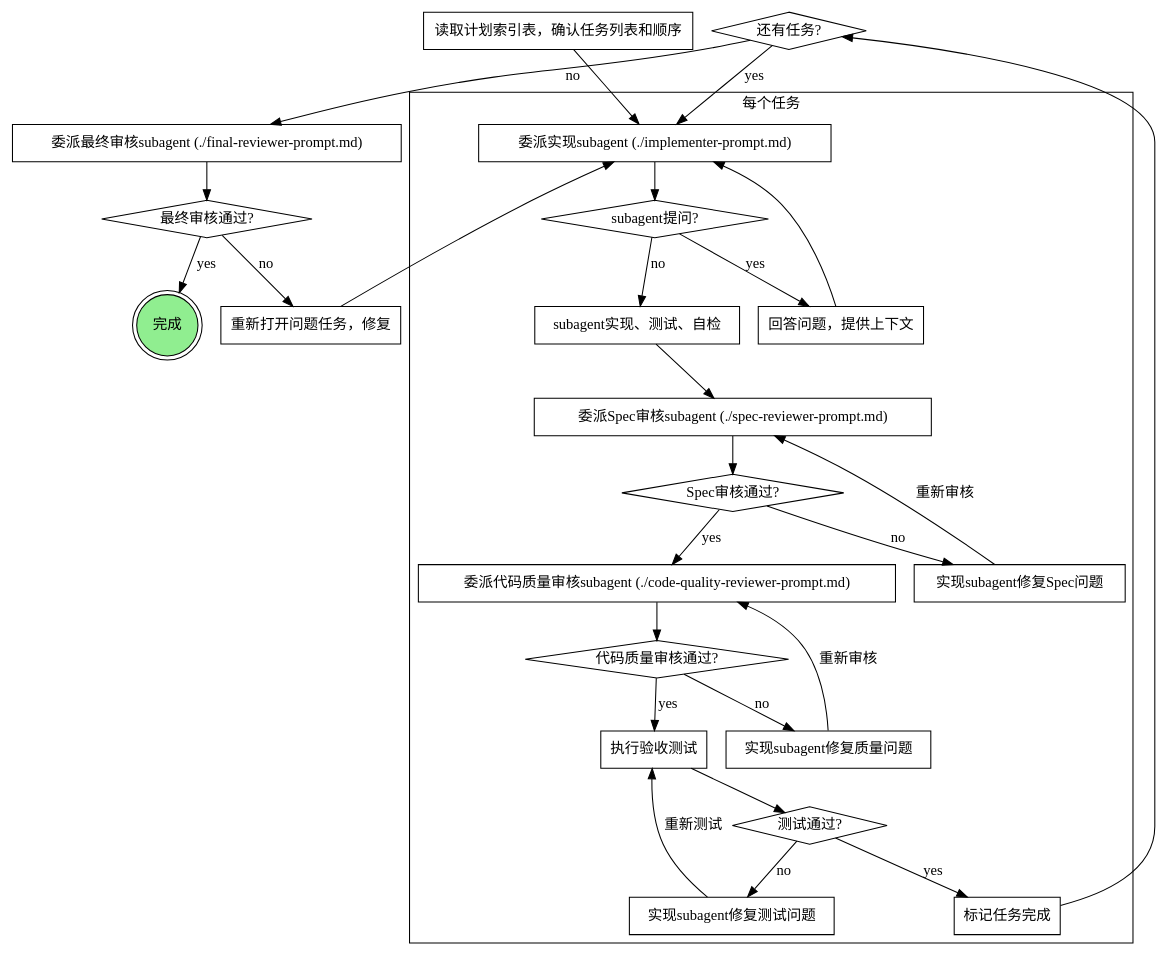
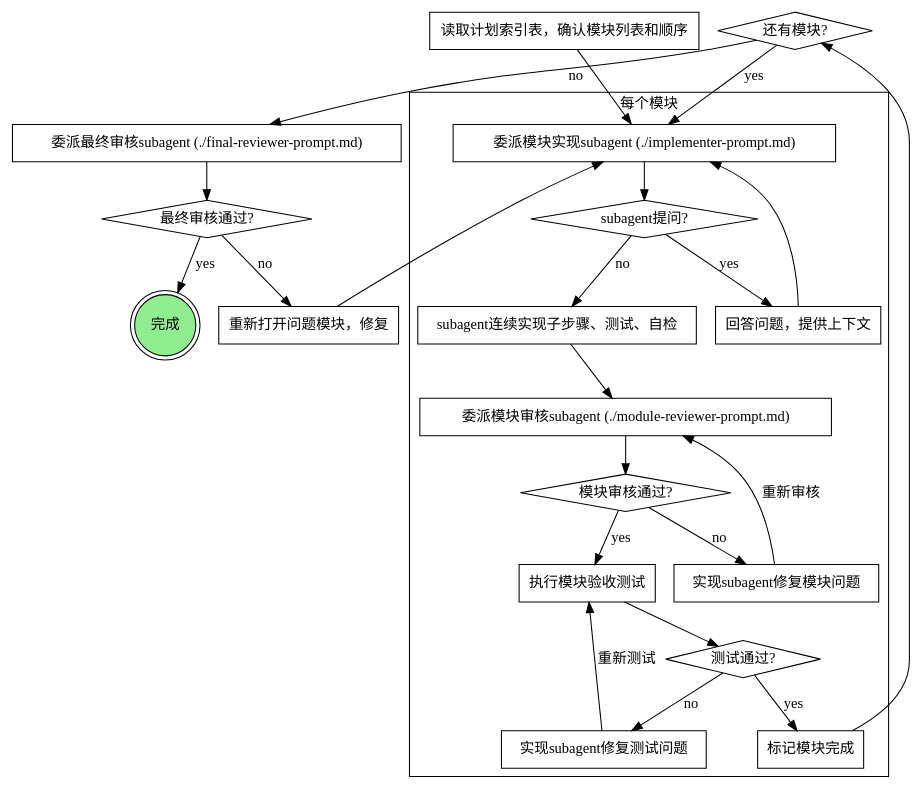
The diagram in skills/plan-execution/SKILL.md (ANIAN0/pick-skills), drawn with Graphviz before and after one commit. The commit also changed other lines of this file and 6 other files, not shown here.

````diff
--- a/skills/plan-execution/SKILL.md
+++ b/skills/plan-execution/SKILL.md
@@ -42,56 +42,49 @@
 ```dot
 digraph 计划执行 {
     rankdir=TB;
 
-    subgraph cluster_per_task {
-        label="每个任务";
-        "委派实现subagent (./implementer-prompt.md)" [shape=box];
+    subgraph cluster_per_module {
+        label="每个模块";
+        "委派模块实现subagent (./implementer-prompt.md)" [shape=box];
         "subagent提问?" [shape=diamond];
         "回答问题，提供上下文" [shape=box];
-        "subagent实现、测试、自检" [shape=box];
-        "委派Spec审核subagent (./spec-reviewer-prompt.md)" [shape=box];
-        "Spec审核通过?" [shape=diamond];
-        "实现subagent修复Spec问题" [shape=box];
-        "委派代码质量审核subagent (./code-quality-reviewer-prompt.md)" [shape=box];
-        "代码质量审核通过?" [shape=diamond];
-        "实现subagent修复质量问题" [shape=box];
-        "执行验收测试" [shape=box];
+        "subagent连续实现子步骤、测试、自检" [shape=box];
+        "委派模块审核subagent (./module-reviewer-prompt.md)" [shape=box];
+        "模块审核通过?" [shape=diamond];
+        "实现subagent修复模块问题" [shape=box];
+        "执行模块验收测试" [shape=box];
         "测试通过?" [shape=diamond];
         "实现subagent修复测试问题" [shape=box];
-        "标记任务完成" [shape=box];
+        "标记模块完成" [shape=box];
     }
 
-    "读取计划索引表，确认任务列表和顺序" [shape=box];
-    "还有任务?" [shape=diamond];
+    "读取计划索引表，确认模块列表和顺序" [shape=box];
+    "还有模块?" [shape=diamond];
     "委派最终审核subagent (./final-reviewer-prompt.md)" [shape=box];
     "最终审核通过?" [shape=diamond];
-    "重新打开问题任务，修复" [shape=box];
+    "重新打开问题模块，修复" [shape=box];
     "完成" [shape=doublecircle style=filled fillcolor=lightgreen];
 
-    "读取计划索引表，确认任务列表和顺序" -> "委派实现subagent (./implementer-prompt.md)";
-    "委派实现subagent (./implementer-prompt.md)" -> "subagent提问?";
+    "读取计划索引表，确认模块列表和顺序" -> "委派模块实现subagent (./implementer-prompt.md)";
+    "委派模块实现subagent (./implementer-prompt.md)" -> "subagent提问?";
     "subagent提问?" -> "回答问题，提供上下文" [label="yes"];
-    "回答问题，提供上下文" -> "委派实现subagent (./implementer-prompt.md)";
-    "subagent提问?" -> "subagent实现、测试、自检" [label="no"];
-    "subagent实现、测试、自检" -> "委派Spec审核subagent (./spec-reviewer-prompt.md)";
-    "委派Spec审核subagent (./spec-reviewer-prompt.md)" -> "Spec审核通过?";
-    "Spec审核通过?" -> "实现subagent修复Spec问题" [label="no"];
-    "实现subagent修复Spec问题" -> "委派Spec审核subagent (./spec-reviewer-prompt.md)" [label="重新审核"];
-    "Spec审核通过?" -> "委派代码质量审核subagent (./code-quality-reviewer-prompt.md)" [label="yes"];
-    "委派代码质量审核subagent (./code-quality-reviewer-prompt.md)" -> "代码质量审核通过?";
-    "代码质量审核通过?" -> "实现subagent修复质量问题" [label="no"];
-    "实现subagent修复质量问题" -> "委派代码质量审核subagent (./code-quality-reviewer-prompt.md)" [label="重新审核"];
-    "代码质量审核通过?" -> "执行验收测试" [label="yes"];
-    "执行验收测试" -> "测试通过?";
+    "回答问题，提供上下文" -> "委派模块实现subagent (./implementer-prompt.md)";
+    "subagent提问?" -> "subagent连续实现子步骤、测试、自检" [label="no"];
+    "subagent连续实现子步骤、测试、自检" -> "委派模块审核subagent (./module-reviewer-prompt.md)";
+    "委派模块审核subagent (./module-reviewer-prompt.md)" -> "模块审核通过?";
+    "模块审核通过?" -> "实现subagent修复模块问题" [label="no"];
+    "实现subagent修复模块问题" -> "委派模块审核subagent (./module-reviewer-prompt.md)" [label="重新审核"];
+    "模块审核通过?" -> "执行模块验收测试" [label="yes"];
+    "执行模块验收测试" -> "测试通过?";
     "测试通过?" -> "实现subagent修复测试问题" [label="no"];
-    "实现subagent修复测试问题" -> "执行验收测试" [label="重新测试"];
-    "测试通过?" -> "标记任务完成" [label="yes"];
-    "标记任务完成" -> "还有任务?";
-    "还有任务?" -> "委派实现subagent (./implementer-prompt.md)" [label="yes"];
-    "还有任务?" -> "委派最终审核subagent (./final-reviewer-prompt.md)" [label="no"];
+    "实现subagent修复测试问题" -> "执行模块验收测试" [label="重新测试"];
+    "测试通过?" -> "标记模块完成" [label="yes"];
+    "标记模块完成" -> "还有模块?";
+    "还有模块?" -> "委派模块实现subagent (./implementer-prompt.md)" [label="yes"];
+    "还有模块?" -> "委派最终审核subagent (./final-reviewer-prompt.md)" [label="no"];
     "委派最终审核subagent (./final-reviewer-prompt.md)" -> "最终审核通过?" [shape=diamond];
-    "最终审核通过?" -> "重新打开问题任务，修复" [label="no"];
-    "重新打开问题任务，修复" -> "委派实现subagent (./implementer-prompt.md)";
+    "最终审核通过?" -> "重新打开问题模块，修复" [label="no"];
+    "重新打开问题模块，修复" -> "委派模块实现subagent (./implementer-prompt.md)";
     "最终审核通过?" -> "完成" [label="yes"];
 }
 ```
````
